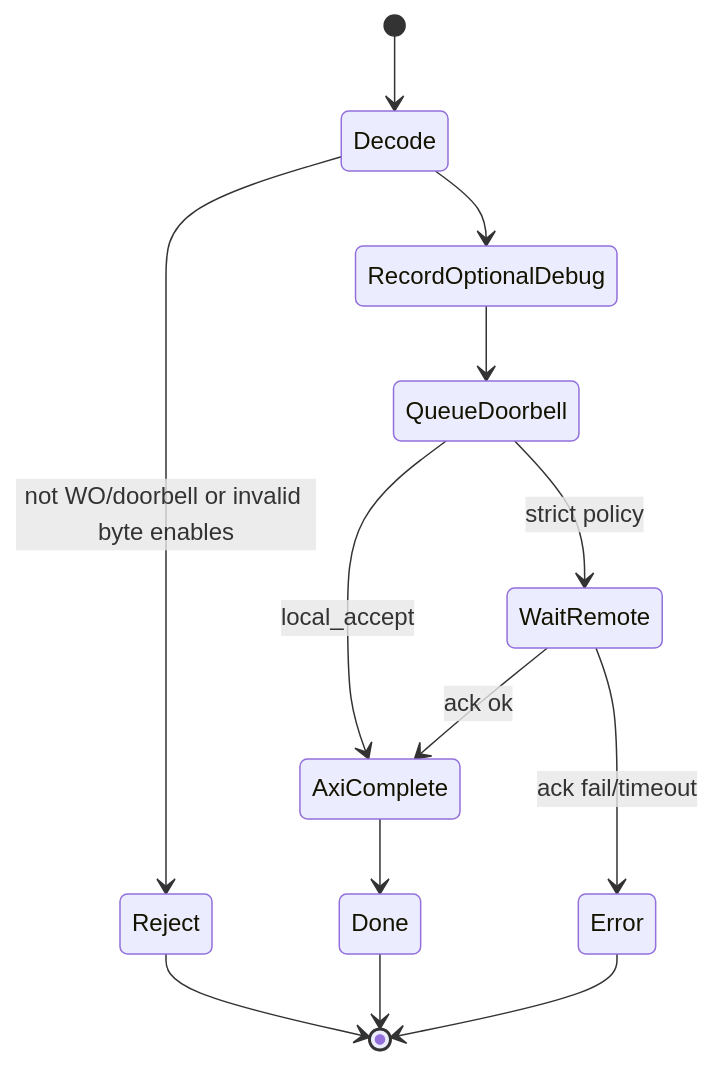
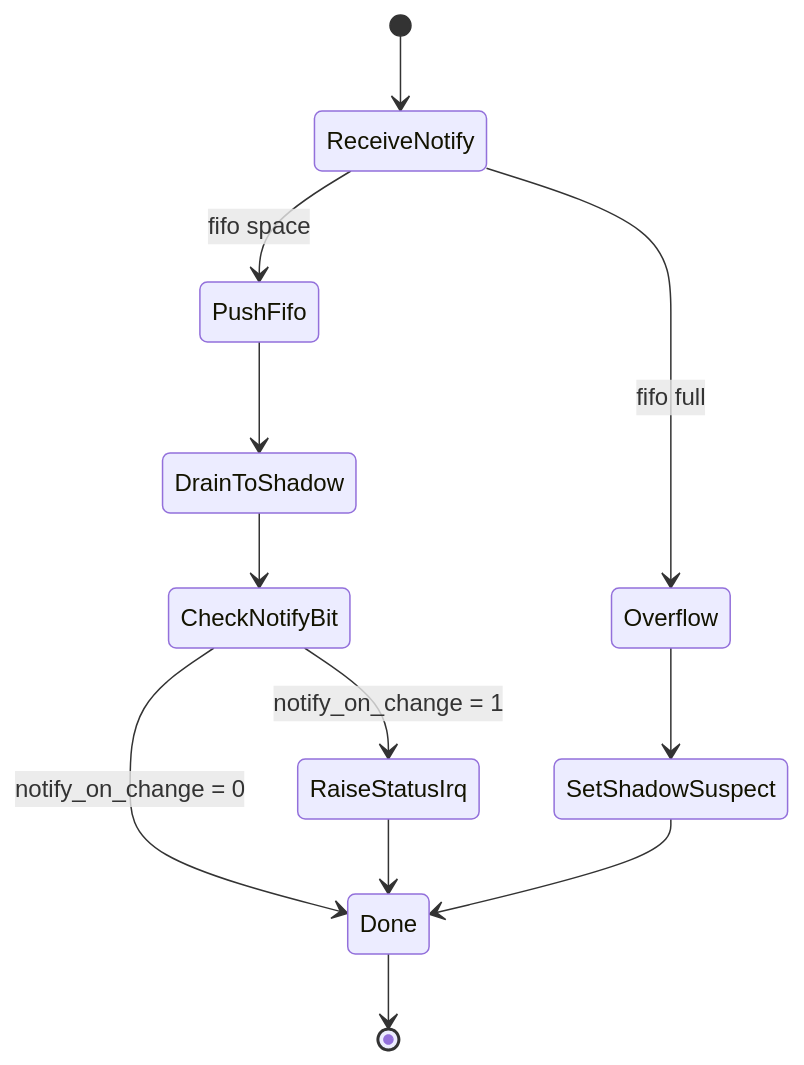
Before and after one commit to uniqro/Remote-CSR-Proxy: the fourth of 4 diagrams in interface_contract.md, drawn with Mermaid. The commit also changed other lines of this file and 1 other file, not shown here.

````diff
--- a/interface_contract.md
+++ b/interface_contract.md
@@ -399,15 +375,14 @@
 ```mermaid
 stateDiagram-v2
-    [*] --> Decode
-    Decode --> Reject: not WO/doorbell or invalid byte enables
-    Decode --> RecordOptionalDebug
-    RecordOptionalDebug --> QueueDoorbell
-    QueueDoorbell --> AxiComplete: local_accept
-    QueueDoorbell --> WaitRemote: strict policy
-    WaitRemote --> AxiComplete: ack ok
-    WaitRemote --> Error: ack fail/timeout
-    AxiComplete --> Done
-    Reject --> [*]
-    Error --> [*]
+    [*] --> ReceiveNotify
+    ReceiveNotify --> PushFifo: fifo space
+    ReceiveNotify --> Overflow: fifo full
+    PushFifo --> DrainToShadow
+    DrainToShadow --> CheckNotifyBit
+    CheckNotifyBit --> RaiseStatusIrq: notify_on_change = 1
+    CheckNotifyBit --> Done: notify_on_change = 0
+    RaiseStatusIrq --> Done
+    Overflow --> SetShadowSuspect
+    SetShadowSuspect --> Done
     Done --> [*]
 ```
````
